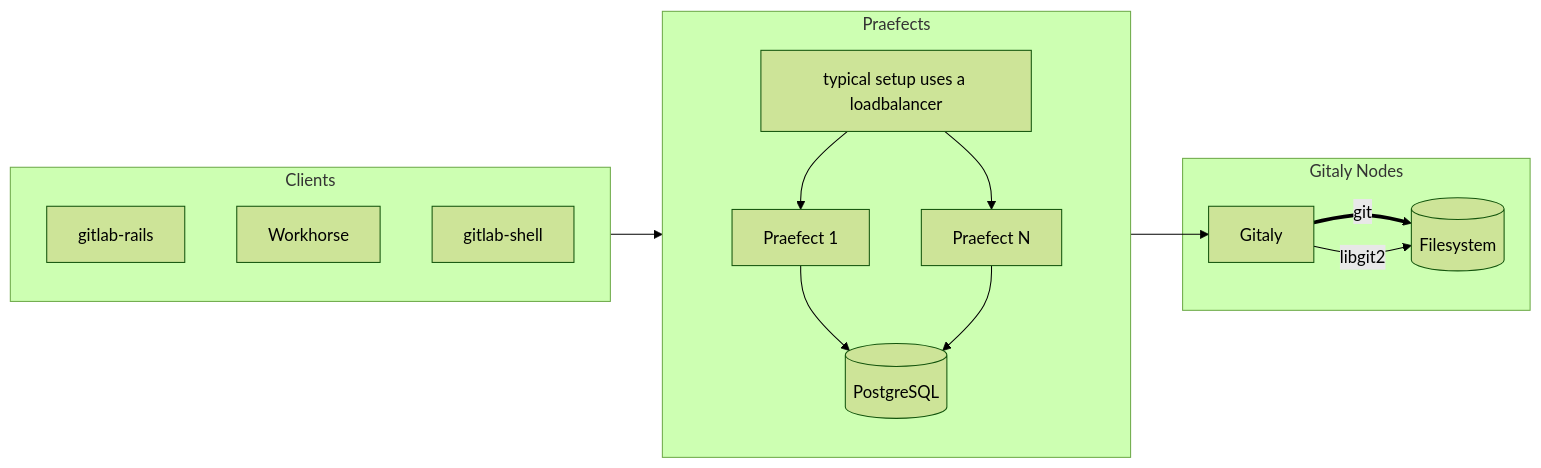
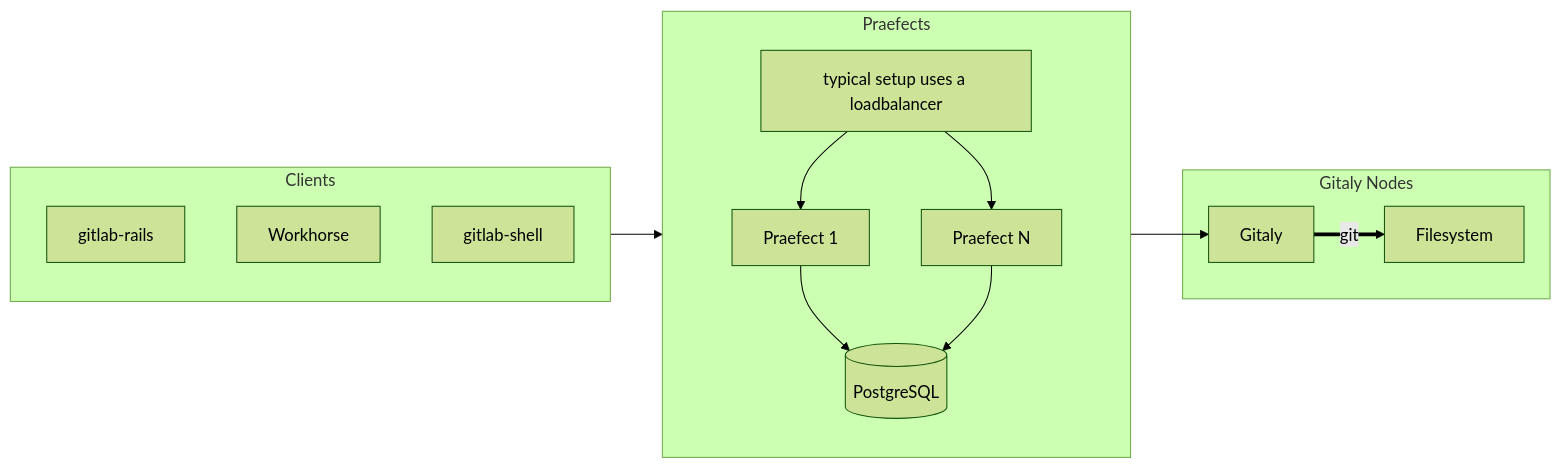
One commit to xuxiaowei-io/gitaly changed the second of 2 diagrams in README.md. Above: the diagram before and after it, drawn with Mermaid (forest theme). The commit also changed other lines of this file and 6 other files, not shown here.

````diff
--- a/README.md
+++ b/README.md
@@ -73,25 +72,24 @@
 ```mermaid
 graph LR
 
-  subgraph "Gitaly Nodes"                                                
+  subgraph "Gitaly Nodes"
   Gitaly == git ==> Filesystem
-  Gitaly -- "libgit2" --> Filesystem[(Filesystem)]
   end
 
   subgraph "Praefects"
     LB[typical setup uses a loadbalancer] --> P1
     LB --> P2
     P1[Praefect 1]
     P2[Praefect N]
     P1 --> PG[(PostgreSQL)]
     P2 --> PG
   end
 
   subgraph "Clients"
     Rails[gitlab-rails]
-    Workhorse 
+    Workhorse
     Shell[gitlab-shell]
   end
-  
+
 Clients --> Praefects --> Gitaly
 ```
````
